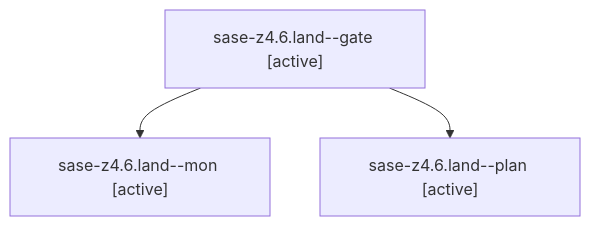
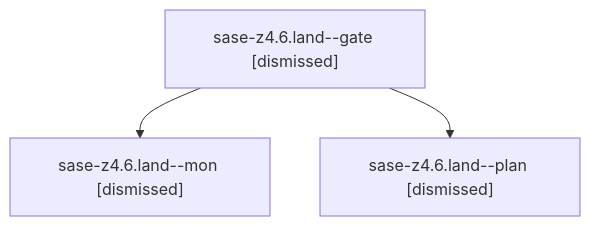
Before and after one commit to sase-org/sase--agents: the diagram in sessions/bbugyi200.athena.sase-z4.6.land.md, drawn with Mermaid. The commit also changed other lines of this file and 157 other files, not shown here.

````diff
--- a/sessions/bbugyi200.athena.sase-z4.6.land.md
+++ b/sessions/bbugyi200.athena.sase-z4.6.land.md
@@ -9,8 +9,8 @@
 ```mermaid
 flowchart TD
-  n0["sase-z4.6.land--gate [active]"]
-  n1["sase-z4.6.land--mon [active]"]
+  n0["sase-z4.6.land--gate [dismissed]"]
+  n1["sase-z4.6.land--mon [dismissed]"]
   n0 --> n1
-  n2["sase-z4.6.land--plan [active]"]
+  n2["sase-z4.6.land--plan [dismissed]"]
   n0 --> n2
 ```
````
